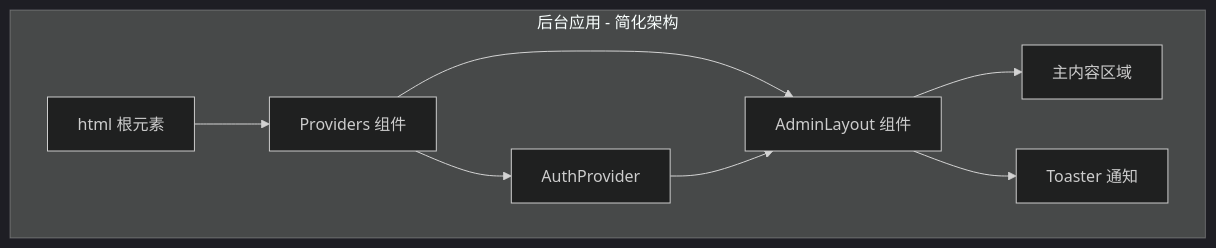
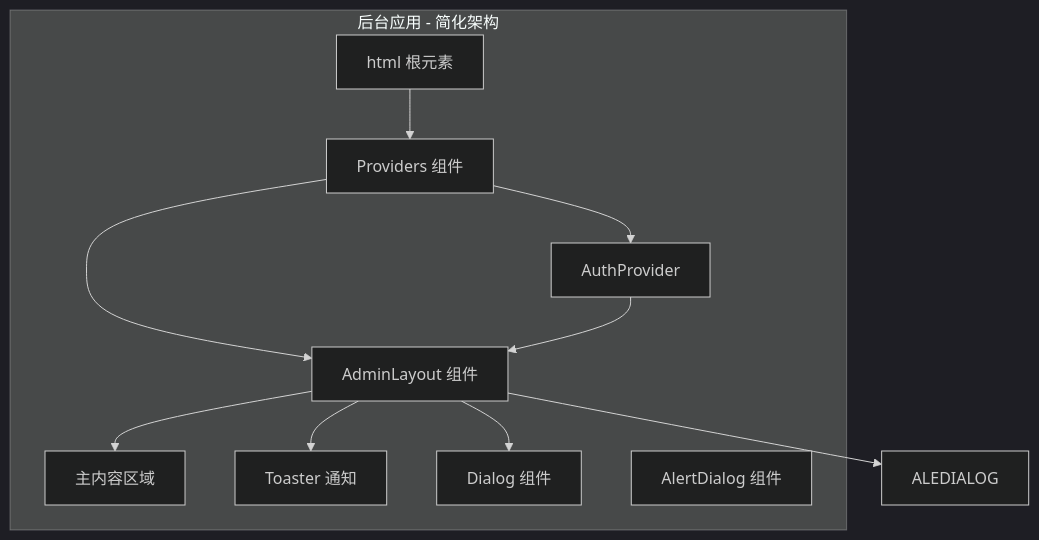
One commit to KunLabAI/KunFlix changed the third of 5 diagrams in .qoder/repowiki/zh/content/前端开发指南/UI 组件设计.md. Above: the diagram before and after it, drawn with Mermaid (dark theme). The commit also changed other lines of this file and 155 other files, not shown here.

````diff
--- a/.qoder/repowiki/zh/content/前端开发指南/UI 组件设计.md
+++ b/.qoder/repowiki/zh/content/前端开发指南/UI 组件设计.md
@@ -176,17 +205,21 @@
 ```mermaid
 graph TB
 subgraph "后台应用 - 简化架构"
 HTML["html 根元素"]
 PROVIDERS["Providers 组件"]
 AUTH["AuthProvider"]
 LAYOUT["AdminLayout 组件"]
 MAIN["主内容区域"]
 TOASTER["Toaster 通知"]
+DIALOG["Dialog 组件"]
+ALERDIALOG["AlertDialog 组件"]
 end
 HTML --> PROVIDERS
 PROVIDERS --> AUTH
 PROVIDERS --> LAYOUT
 AUTH --> LAYOUT
 LAYOUT --> MAIN
 LAYOUT --> TOASTER
+LAYOUT --> DIALOG
+LAYOUT --> ALEDIALOG
 ```
````
